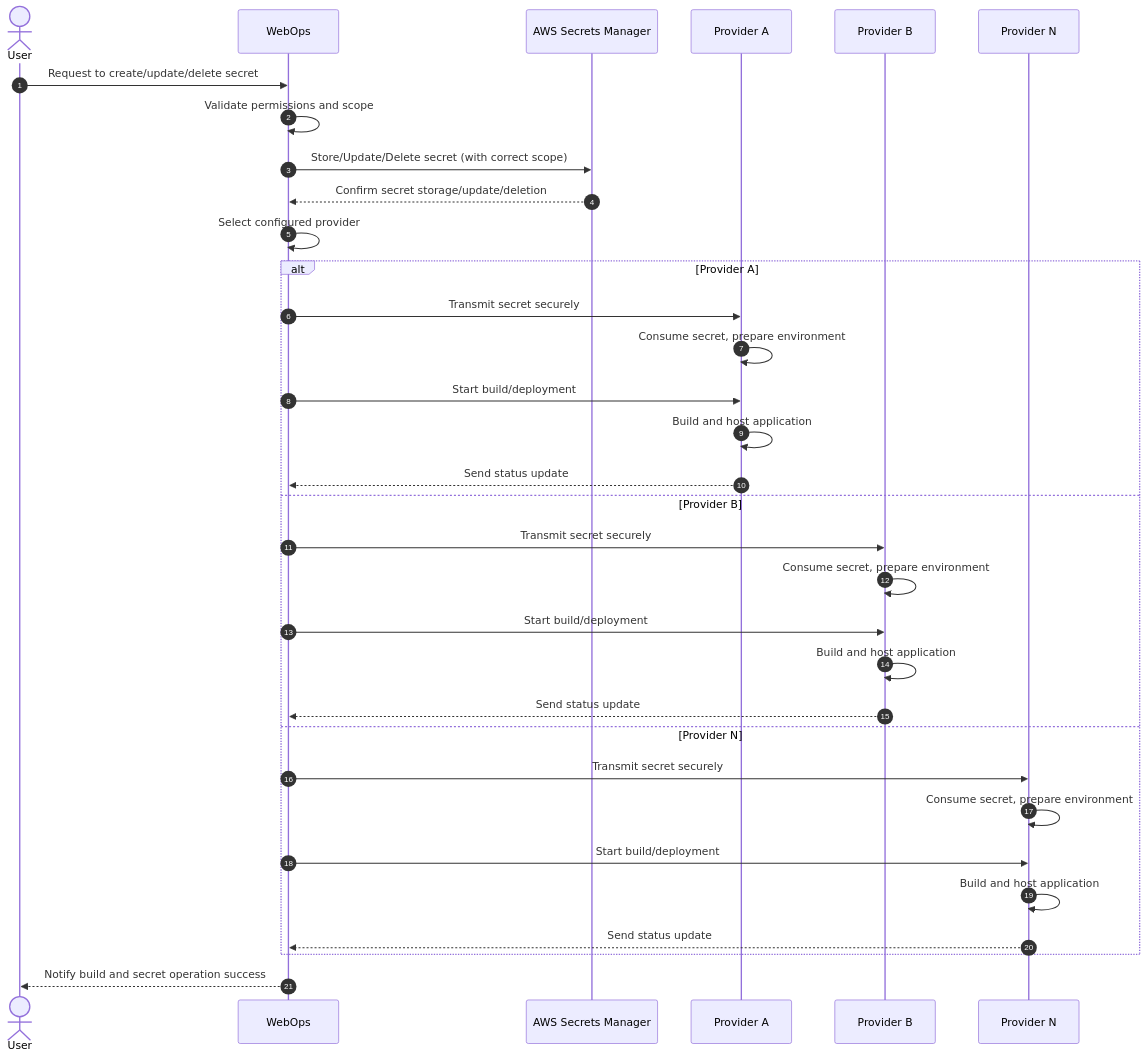
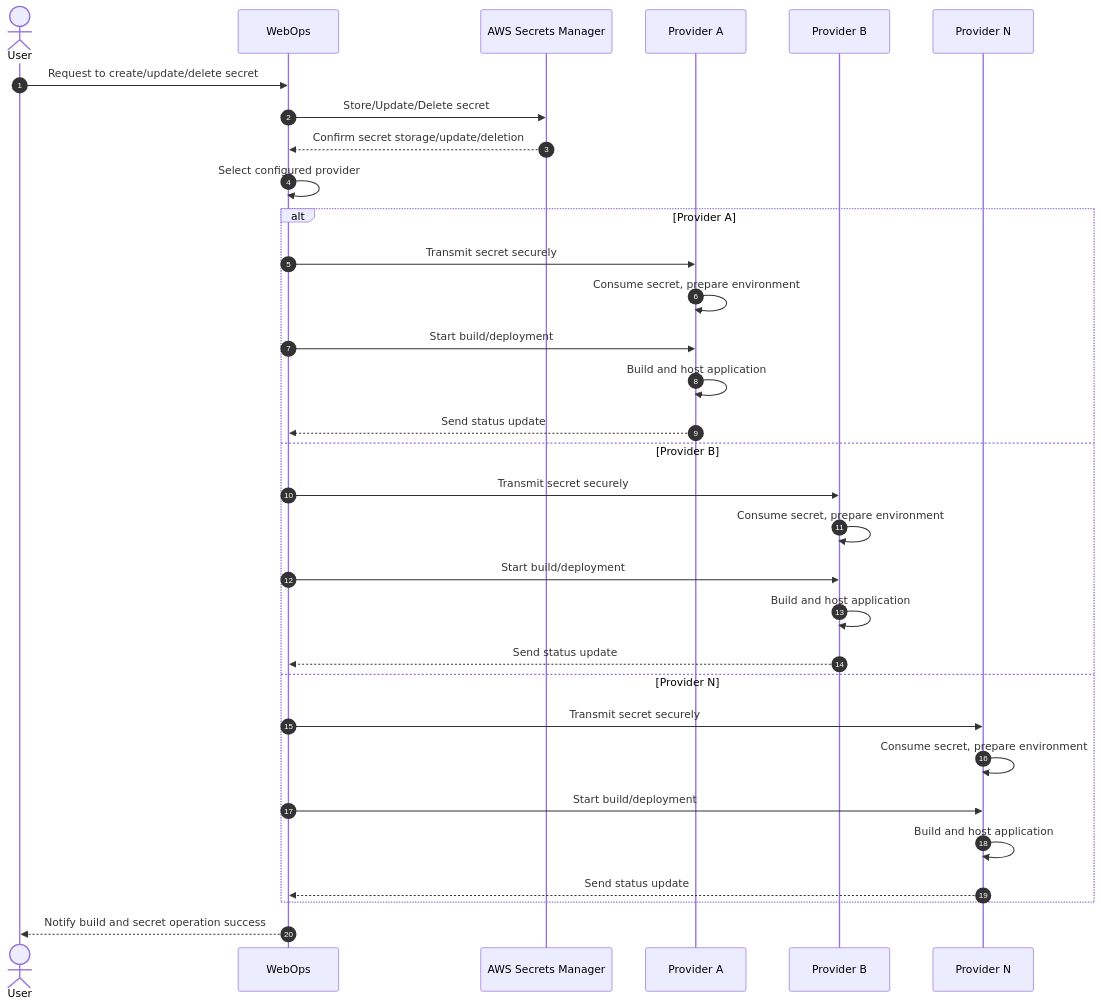
One commit to vtexdocs/dev-portal-content changed the diagram in docs/faststore/docs/security/managing-secrets.mdx. Above: the diagram before and after it, drawn with Mermaid. The commit also changed other lines of this file, not shown here.

````diff
--- a/docs/faststore/docs/security/managing-secrets.mdx
+++ b/docs/faststore/docs/security/managing-secrets.mdx
@@ -16,47 +15,44 @@
 ```mermaid
 sequenceDiagram
 autonumber
   actor User as User
   participant WebOps as WebOps
   participant AWS as AWS Secrets Manager
   participant ProviderA as Provider A
   participant ProviderB as Provider B
   participant ProviderN as Provider N
 
   %% 1. User initiates secret creation/update/deletion
   User ->> WebOps: Request to create/update/delete secret
 
-  %% 2. WebOps validates permissions
-  WebOps ->> WebOps: Validate permissions and scope
-
-  %% 3. WebOps stores secret in AWS Secrets Manager
-  WebOps ->> AWS: Store/Update/Delete secret (with correct scope)
+  %% 2. WebOps stores secret in AWS Secrets Manager
+  WebOps ->> AWS: Store/Update/Delete secret
   AWS -->> WebOps: Confirm secret storage/update/deletion
 
-  %% 4. WebOps determines which provider to use for build/deployment
+  %% 3. WebOps determines which provider to use for build/deployment
   WebOps ->> WebOps: Select configured provider
 
-  %% 5. WebOps propagates secret to selected provider and initiates build
+  %% 4. WebOps propagates secret to selected provider and initiates build
   alt Provider A
     WebOps ->> ProviderA: Transmit secret securely
     ProviderA ->> ProviderA: Consume secret, prepare environment
     WebOps ->> ProviderA: Start build/deployment
     ProviderA ->> ProviderA: Build and host application
     ProviderA -->> WebOps: Send status update
   else Provider B
     WebOps ->> ProviderB: Transmit secret securely
     ProviderB ->> ProviderB: Consume secret, prepare environment
     WebOps ->> ProviderB: Start build/deployment
     ProviderB ->> ProviderB: Build and host application
     ProviderB -->> WebOps: Send status update
   else Provider N
     WebOps ->> ProviderN: Transmit secret securely
     ProviderN ->> ProviderN: Consume secret, prepare environment
     WebOps ->> ProviderN: Start build/deployment
     ProviderN ->> ProviderN: Build and host application
     ProviderN -->> WebOps: Send status update
   end
 
-  %% 6. Feedback to user
+  %% 5. Feedback to user
   WebOps -->> User: Notify build and secret operation success
 ```
````
